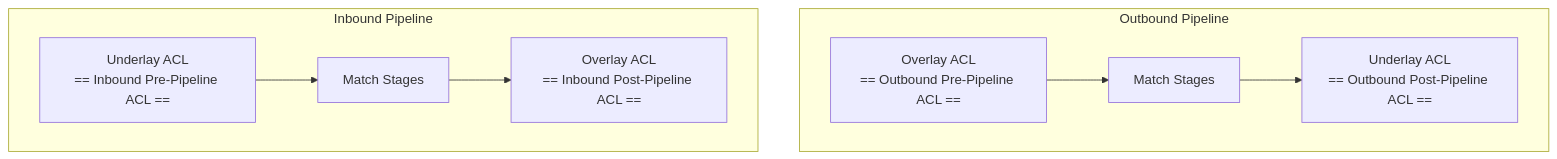
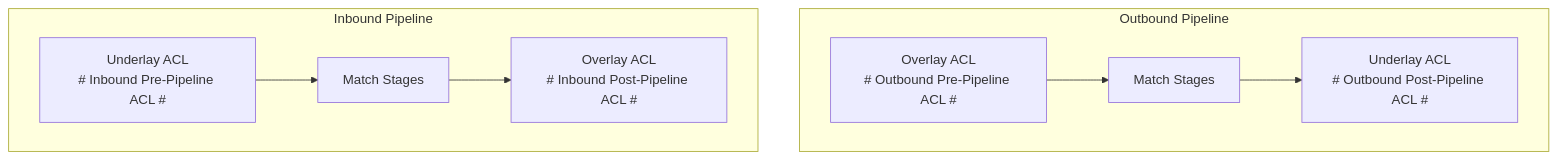
One commit to sonic-net/DASH changed the third of 5 diagrams in documentation/general/dash-sai-pipeline-packet-flow.md. Above: the diagram before and after it, drawn with Mermaid.

Commit message:
minor update.

````diff
--- a/documentation/general/dash-sai-pipeline-packet-flow.md
+++ b/documentation/general/dash-sai-pipeline-packet-flow.md
@@ -223,20 +223,20 @@
 ```mermaid
 flowchart TD
     subgraph Outbound Pipeline
-        Out_PreACL[Overlay ACL<br>== Outbound Pre-Pipeline ACL ==]
+        Out_PreACL[Overlay ACL<br># Outbound Pre-Pipeline ACL #]
         Out_MS[Match Stages]
-        Out_PostACL[Underlay ACL<br>== Outbound Post-Pipeline ACL ==]
+        Out_PostACL[Underlay ACL<br># Outbound Post-Pipeline ACL #]
     end
 
     subgraph Inbound Pipeline
-        In_PreACL[Underlay ACL<br>== Inbound Pre-Pipeline ACL ==]
+        In_PreACL[Underlay ACL<br># Inbound Pre-Pipeline ACL #]
         In_MS[Match Stages]
-        In_PostACL[Overlay ACL<br>== Inbound Post-Pipeline ACL ==]
+        In_PostACL[Overlay ACL<br># Inbound Post-Pipeline ACL #]
     end
 
     Out_PreACL --> Out_MS
     Out_MS --> Out_PostACL
 
     In_PreACL --> In_MS
     In_MS --> In_PostACL
 ```
````
